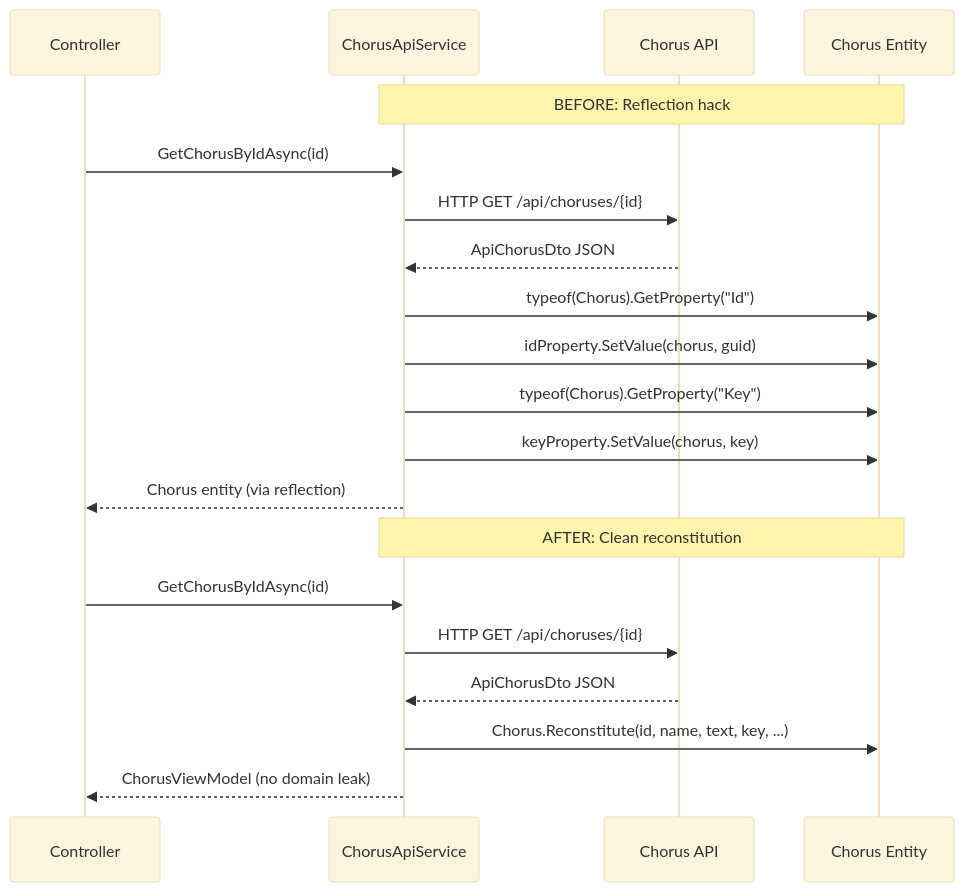
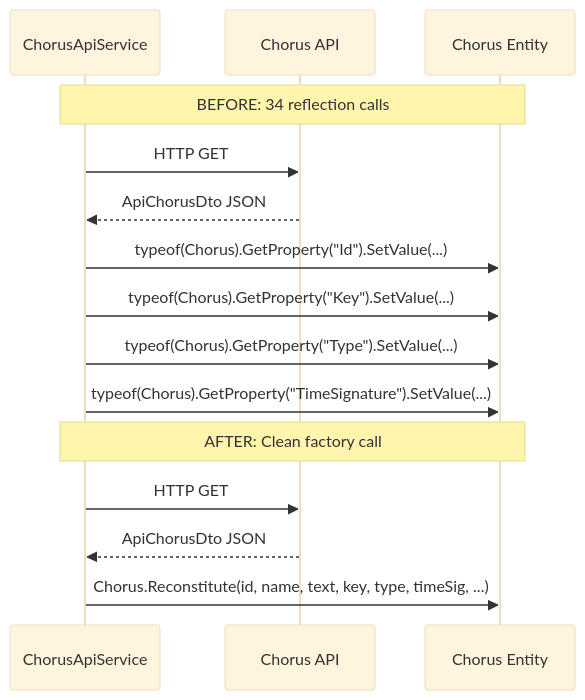
Before and after one commit to loganventer/CHAP2: the third of 11 diagrams in .work/REFACTORING_PLAN.md, drawn with Mermaid (base theme). The commit also changed other lines of this file and 24 other files, not shown here.

````diff
--- a/.work/REFACTORING_PLAN.md
+++ b/.work/REFACTORING_PLAN.md
@@ -175,24 +181,19 @@
 ```mermaid
 sequenceDiagram
-    participant C as Controller
     participant S as ChorusApiService
     participant API as Chorus API
     participant D as Chorus Entity
 
-    Note over S,D: BEFORE: Reflection hack
-    C->>S: GetChorusByIdAsync(id)
-    S->>API: HTTP GET /api/choruses/{id}
+    Note over S,D: BEFORE: 34 reflection calls
+    S->>API: HTTP GET
     API-->>S: ApiChorusDto JSON
-    S->>D: typeof(Chorus).GetProperty("Id")
-    S->>D: idProperty.SetValue(chorus, guid)
-    S->>D: typeof(Chorus).GetProperty("Key")
-    S->>D: keyProperty.SetValue(chorus, key)
-    S-->>C: Chorus entity (via reflection)
+    S->>D: typeof(Chorus).GetProperty("Id").SetValue(...)
+    S->>D: typeof(Chorus).GetProperty("Key").SetValue(...)
+    S->>D: typeof(Chorus).GetProperty("Type").SetValue(...)
+    S->>D: typeof(Chorus).GetProperty("TimeSignature").SetValue(...)
 
-    Note over S,D: AFTER: Clean reconstitution
-    C->>S: GetChorusByIdAsync(id)
-    S->>API: HTTP GET /api/choruses/{id}
+    Note over S,D: AFTER: Clean factory call
+    S->>API: HTTP GET
     API-->>S: ApiChorusDto JSON
-    S->>D: Chorus.Reconstitute(id, name, text, key, ...)
-    S-->>C: ChorusViewModel (no domain leak)
+    S->>D: Chorus.Reconstitute(id, name, text, key, type, timeSig, ...)
 ```
````
